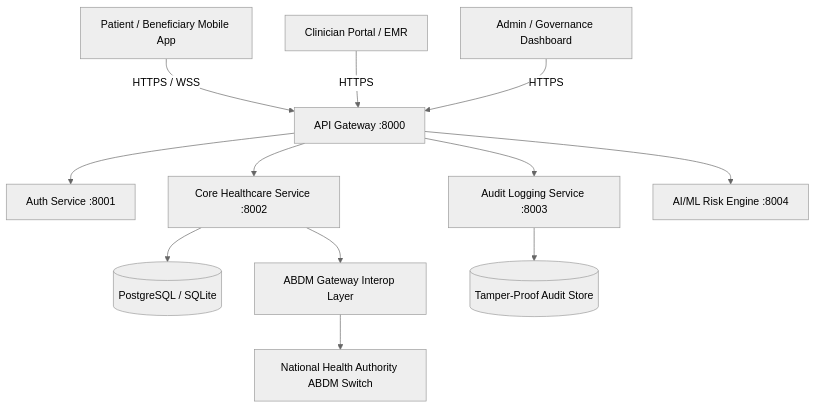
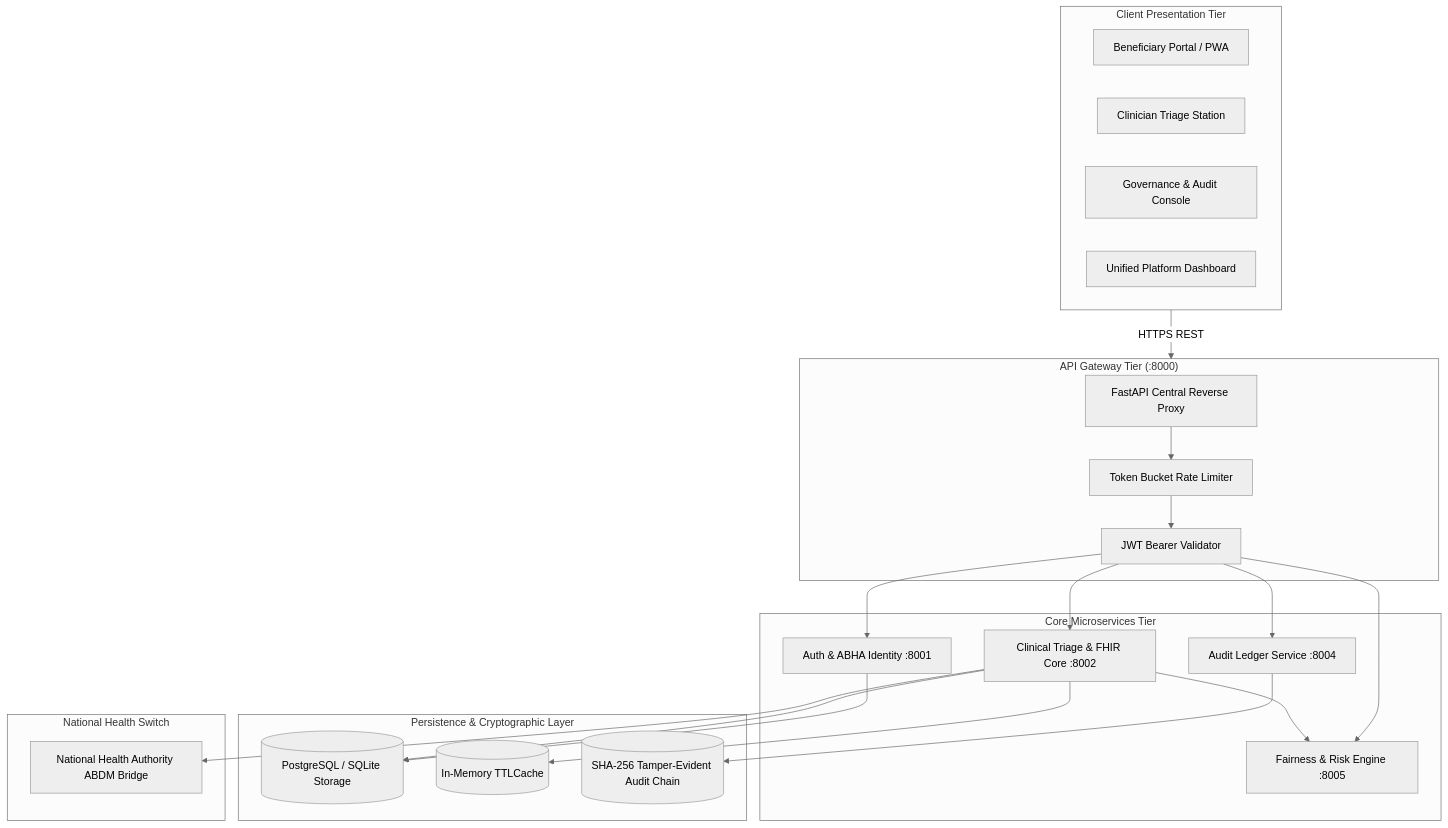
The diagram in docs/ARCHITECTURE.md (subhankarbiswal57-hue/AyushmanBharat), drawn with Mermaid (neutral theme) before and after one commit. The commit also changed other lines of this file, not shown here.

Commit message:
docs: enrich ARCHITECTURE.md with service topology diagrams, port mappings, and DPDP compliance framework

````diff
--- a/docs/ARCHITECTURE.md
+++ b/docs/ARCHITECTURE.md
@@ -3,14 +9,46 @@
 ```mermaid
 graph TD
-    A[Patient / Beneficiary Mobile App] -->|HTTPS / WSS| G[API Gateway :8000]
-    B[Clinician Portal / EMR] -->|HTTPS| G
-    C[Admin / Governance Dashboard] -->|HTTPS| G
-    G --> D[Auth Service :8001]
-    G --> E[Core Healthcare Service :8002]
-    G --> F[Audit Logging Service :8003]
-    G --> H[AI/ML Risk Engine :8004]
-    E --> I[(PostgreSQL / SQLite)]
-    F --> J[(Tamper-Proof Audit Store)]
-    E --> K[ABDM Gateway Interop Layer]
-    K --> L[National Health Authority ABDM Switch]
+    subgraph Clients["Client Presentation Tier"]
+        P[Beneficiary Portal / PWA]
+        C[Clinician Triage Station]
+        A[Governance & Audit Console]
+        U[Unified Platform Dashboard]
+    end
+
+    subgraph Edge["API Gateway Tier (:8000)"]
+        GW[FastAPI Central Reverse Proxy]
+        RL[Token Bucket Rate Limiter]
+        AUTH_CHK[JWT Bearer Validator]
+    end
+
+    subgraph Services["Core Microservices Tier"]
+        AUTH[Auth & ABHA Identity :8001]
+        CARE[Clinical Triage & FHIR Core :8002]
+        AUDIT[Audit Ledger Service :8004]
+        ML[Fairness & Risk Engine :8005]
+    end
+
+    subgraph Data["Persistence & Cryptographic Layer"]
+        DB[(PostgreSQL / SQLite Storage)]
+        CACHE[(In-Memory TTLCache)]
+        LEDGER[(SHA-256 Tamper-Evident Audit Chain)]
+    end
+
+    subgraph National["National Health Switch"]
+        NHA[National Health Authority ABDM Bridge]
+    end
+
+    Clients -->|HTTPS REST| Edge
+    GW --> RL --> AUTH_CHK
+    AUTH_CHK --> AUTH
+    AUTH_CHK --> CARE
+    AUTH_CHK --> AUDIT
+    AUTH_CHK --> ML
+
+    AUTH --> DB
+    CARE --> DB
+    CARE --> CACHE
+    CARE --> ML
+    AUDIT --> LEDGER
+    CARE --> NHA
 ```
````
